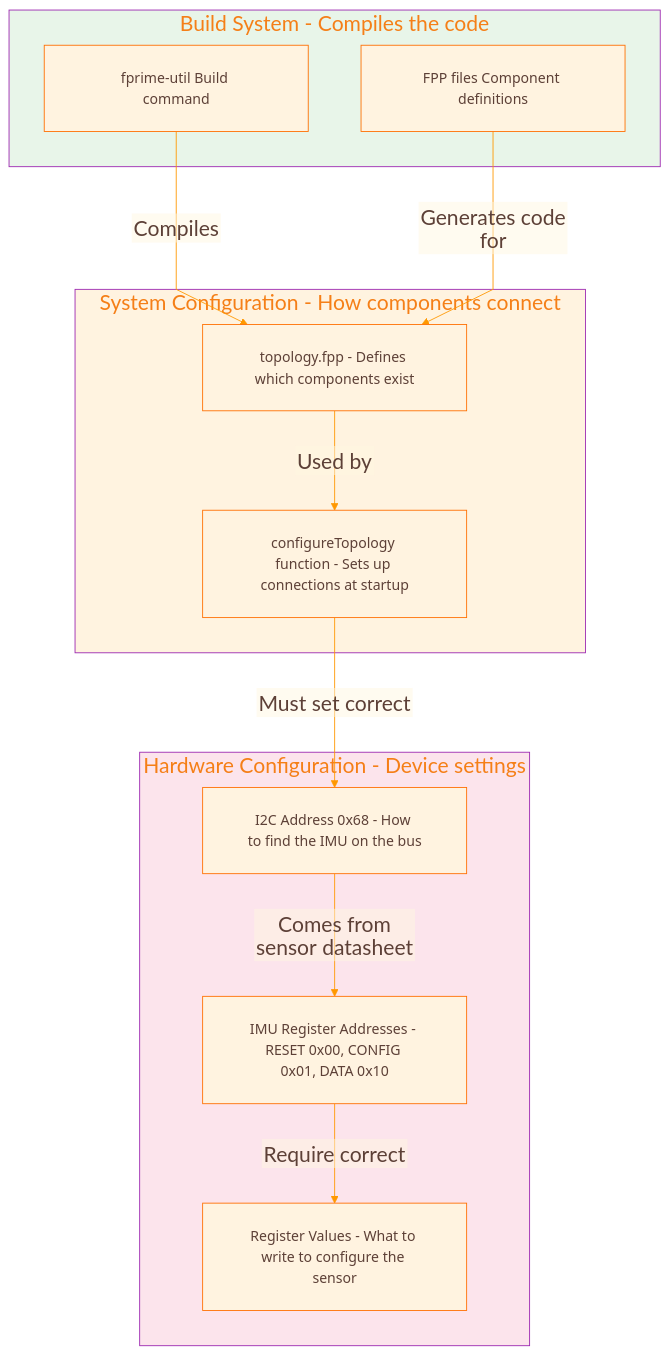
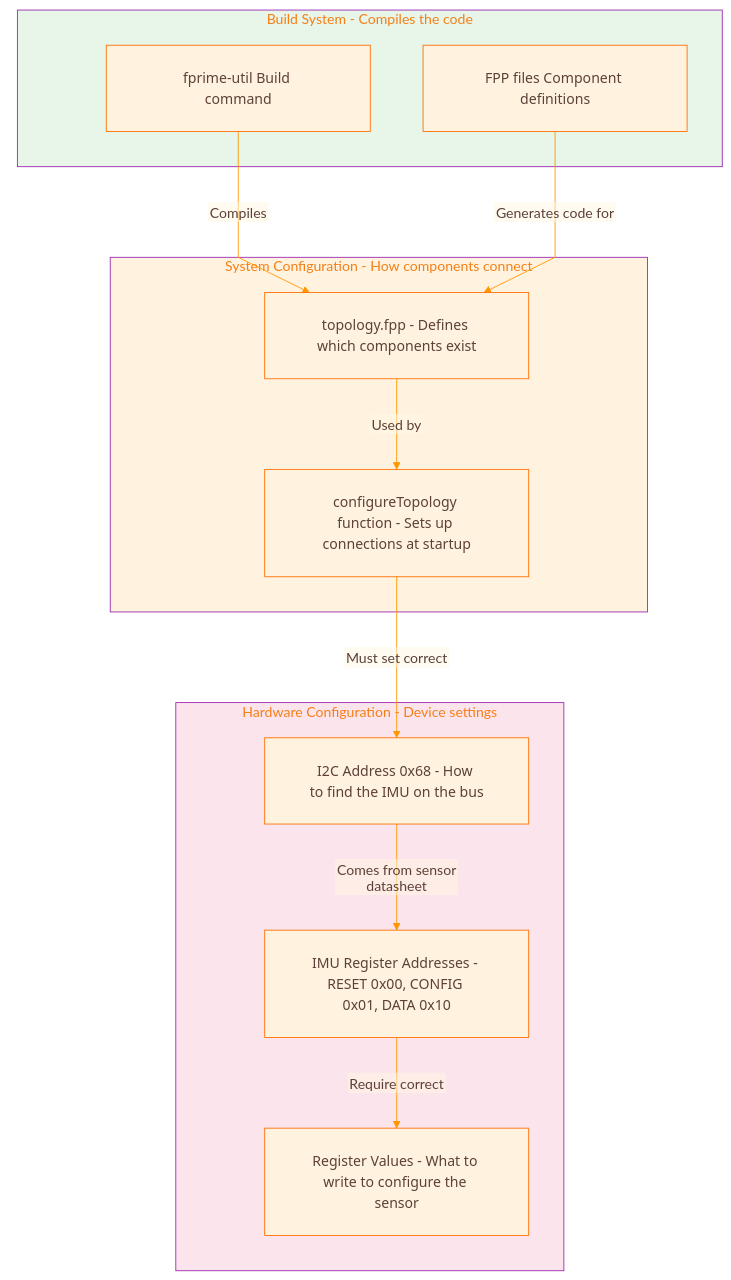
Before and after one commit to Lizo-RoadTown/PROVES_LIBRARY: the second of 5 diagrams in docs/diagrams/overview.md, drawn with Mermaid. The commit also changed other lines of this file and 6 other files, not shown here.

````diff
--- a/docs/diagrams/overview.md
+++ b/docs/diagrams/overview.md
@@ -258,7 +259,7 @@
 ---
 config:
   theme: base
-  fontSize: 20
+  fontSize: 16
   themeCSS: |
     .node rect, .cluster rect, .edgePath path { transition: filter 0.2s ease, stroke-width: 0.2s ease; }
     .node:hover rect, .cluster:hover rect, .edgePath:hover path { filter: drop-shadow(0 0 8px rgba(0,0,0,0.35)); stroke-width: 3px; }
@@ -278,7 +279,7 @@
     textColor: '#5D4037'
     lineColor: '#FF9800'
     fontFamily: '"Segoe UI", Tahoma, Geneva, Verdana, sans-serif'
-    fontSize: '24px'
+    fontSize: '16px'
     nodeBorder: '#FF6F00'
     mainBkg: '#FFF3E0'
     clusterBkg: '#F3E5F5'
@@ -334,7 +335,7 @@
     attributeBackgroundColorOdd: '#FFF8E1'
     attributeBackgroundColorEven: '#FFF3E0'
   gantt:
-    fontSize: 20
+    fontSize: 16
     barHeight: 24
     barGap: 6
     topPadding: 50
@@ -441,16 +442,19 @@
 ---
 flowchart TB
     subgraph BUILD ["Build System - Compiles the code"]
+        spacer34[ ]:::spacer
         FPUTIL[fprime-util Build command]
         FPP[FPP files Component definitions]
     end
 
     subgraph TOPO ["System Configuration - How components connect"]
+        spacer35[ ]:::spacer
         TOPO_FILE[topology.fpp - Defines which components exist]
         CONFIG[configureTopology function - Sets up connections at startup]
     end
 
     subgraph DEVICE ["Hardware Configuration - Device settings"]
+        spacer36[ ]:::spacer
         ADDR[I2C Address 0x68 - How to find the IMU on the bus]
         REGS[IMU Register Addresses - RESET 0x00, CONFIG 0x01, DATA 0x10]
         VALS[Register Values - What to write to configure the sensor]
@@ -469,4 +473,5 @@
     %% Font sizing classes for consistency
     classDef default font-size:16px,font-family:Segoe UI,Tahoma,Geneva,Verdana,sans-serif;
     classDef diamond font-size:14px,font-family:Segoe UI,Tahoma,Geneva,Verdana,sans-serif;
+    classDef spacer fill:none,stroke:none,color:transparent,width:1px,height:1px;
 ```
````
